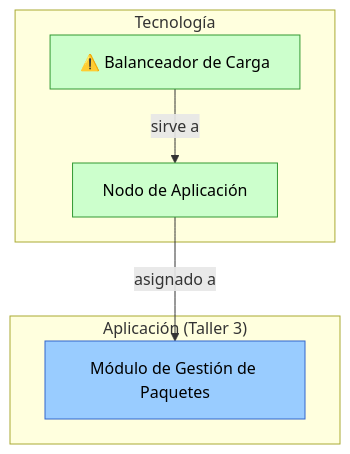
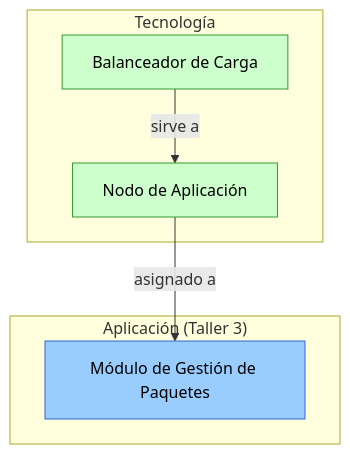
The seventh of 7 diagrams in clase/guia_paso_a_paso_infraestructura.md (CesarAVegaF312/AREM-Taller_4_Infraestructura), drawn with Mermaid before and after one commit. The commit also changed other lines of this file and 5 other files, not shown here.

````diff
--- a/clase/guia_paso_a_paso_infraestructura.md
+++ b/clase/guia_paso_a_paso_infraestructura.md
@@ -255,18 +255,18 @@
 ```mermaid
 flowchart TD
     subgraph aplicacion["Aplicación (Taller 3)"]
         gestion["Módulo de Gestión de Paquetes"]
     end
     subgraph tecnologia["Tecnología"]
-        lb["⚠️ Balanceador de Carga"]
+        lb["Balanceador de Carga"]
         nodo["Nodo de Aplicación"]
     end
 
     lb -->|"sirve a"| nodo
     nodo -->|"asignado a"| gestion
 
     classDef aplicacion fill:#99ccff,color:#000,stroke:#3366cc;
     classDef tecnologia fill:#ccffcc,color:#000,stroke:#339933;
     class gestion aplicacion
     class lb,nodo tecnologia
 ```
````
